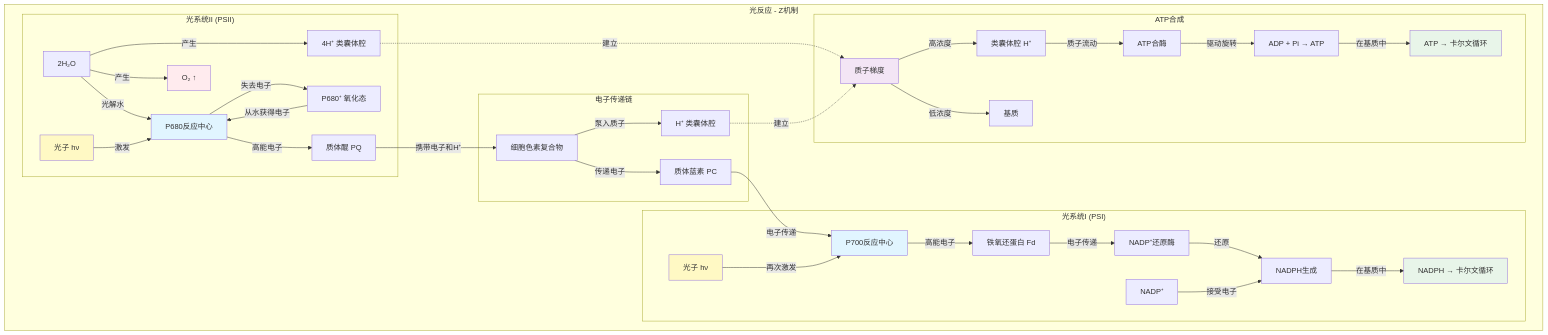
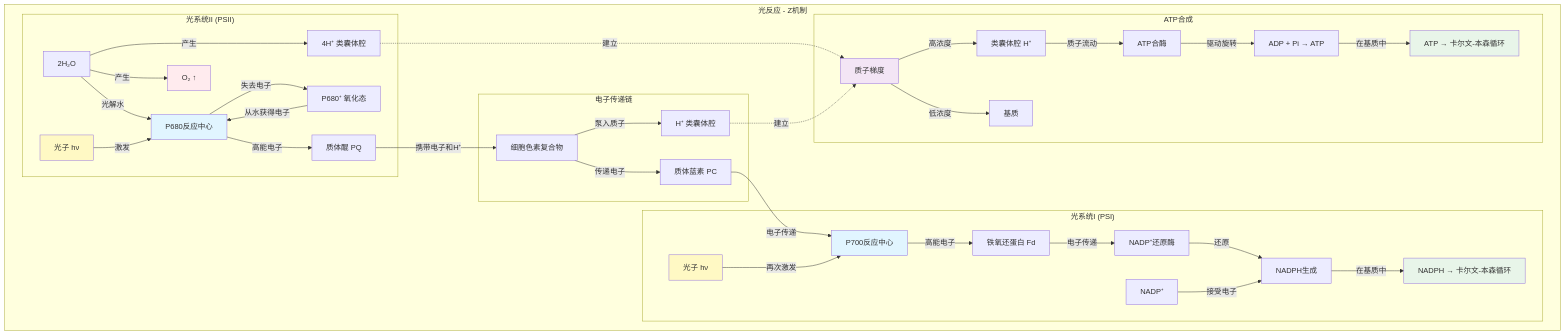
Before and after one commit to MatsubaraSoda/BiologyNotebook: the first of 2 diagrams in Campbell-Biology/章节笔记/Chap 10. 光合作用.md, drawn with Mermaid. The commit also changed other lines of this file and 11 other files, not shown here.

Commit message:
learn(campbell): 卡尔文循环 更名为 卡尔文-本森循环

````diff
--- a/Campbell-Biology/章节笔记/Chap 10. 光合作用.md
+++ b/Campbell-Biology/章节笔记/Chap 10. 光合作用.md
@@ -5,51 +5,51 @@
 ```mermaid
 graph TB
     subgraph "光反应 - Z机制"
         
         subgraph "光系统II (PSII)"
             H2O[2H₂O] -->|光解水| PSII_RC[P680反应中心]
             H2O -->|产生| O2[O₂ ↑]
             H2O -->|产生| H1[4H⁺ 类囊体腔]
             Light1[光子 hν] -->|激发| PSII_RC
             PSII_RC -->|失去电子| PSII_ox[P680⁺ 氧化态]
             PSII_ox -->|从水获得电子| PSII_RC
             PSII_RC -->|高能电子| PQ
         end
         
         subgraph "电子传递链"
             PQ[质体醌 PQ] -->|携带电子和H⁺| Cyt[细胞色素复合物]
             Cyt -->|泵入质子| H2[H⁺ 类囊体腔]
             Cyt -->|传递电子| PC[质体蓝素 PC]
         end
         
         subgraph "光系统I (PSI)"
             PC -->|电子传递| PSI_RC[P700反应中心]
             Light2[光子 hν] -->|再次激发| PSI_RC
             PSI_RC -->|高能电子| Fd[铁氧还蛋白 Fd]
             Fd -->|电子传递| FNR[NADP⁺还原酶]
             FNR -->|还原| NADP_to_NADPH
             NADP[NADP⁺] -->|接受电子| NADP_to_NADPH[NADPH生成]
-            NADP_to_NADPH -->|在基质中| NADPH_out[NADPH → 卡尔文循环]
+            NADP_to_NADPH -->|在基质中| NADPH_out[NADPH → 卡尔文-本森循环]
         end
         
         subgraph "ATP合成"
             H1 -.->|建立| Gradient[质子梯度]
             H2 -.->|建立| Gradient
             Gradient -->|高浓度| Lumen[类囊体腔 H⁺]
             Gradient -->|低浓度| Stroma[基质]
             Lumen -->|质子流动| ATPase[ATP合酶]
             ATPase -->|驱动旋转| ATP_synthesis[ADP + Pi → ATP]
-            ATP_synthesis -->|在基质中| ATP_out[ATP → 卡尔文循环]
+            ATP_synthesis -->|在基质中| ATP_out[ATP → 卡尔文-本森循环]
         end
         
     end
     
     style PSII_RC fill:#e1f5ff
     style PSI_RC fill:#e1f5ff
     style O2 fill:#ffebee
     style NADPH_out fill:#e8f5e9
     style ATP_out fill:#e8f5e9
     style Light1 fill:#fff9c4
     style Light2 fill:#fff9c4
     style Gradient fill:#f3e5f5
 ```
````
